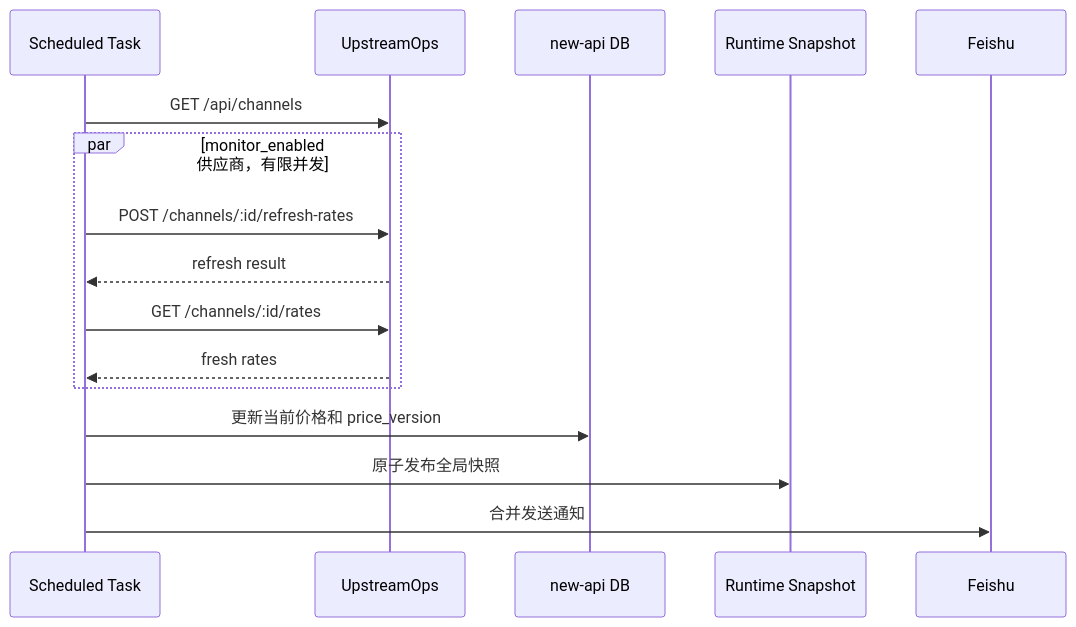
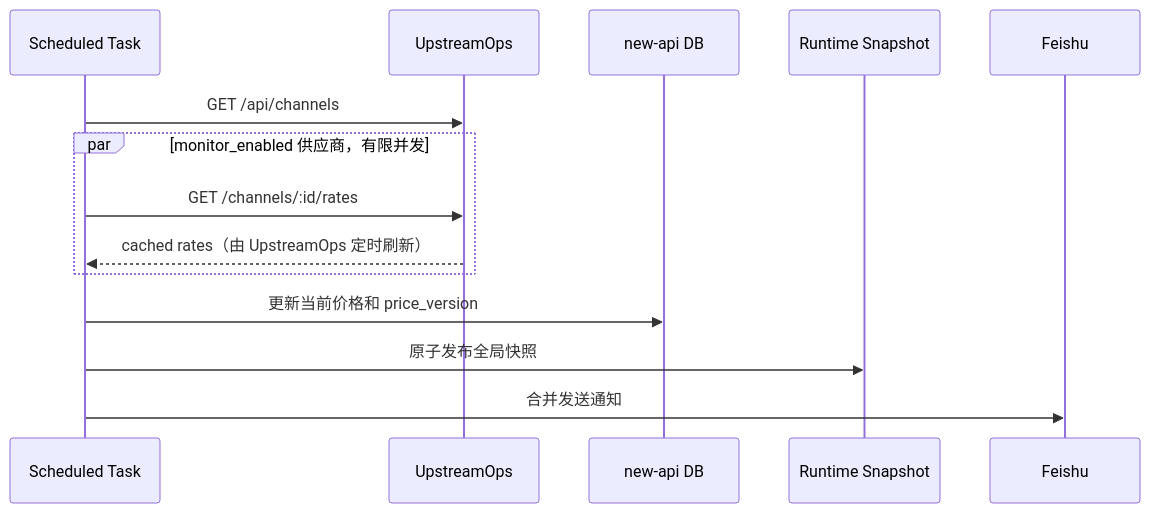
One commit to abigmiu/new-api changed the second of 2 diagrams in docs/operations/upstream-group-routing-design.md. Above: the diagram before and after it, drawn with Mermaid. The commit also changed other lines of this file and 1 other file, not shown here.

First line of the commit message:
fix(upstream): read cached rates instead of refreshing every sync

````diff
--- a/docs/operations/upstream-group-routing-design.md
+++ b/docs/operations/upstream-group-routing-design.md
@@ -407,19 +407,17 @@
 ```mermaid
 sequenceDiagram
     participant T as Scheduled Task
     participant U as UpstreamOps
     participant D as new-api DB
     participant C as Runtime Snapshot
     participant F as Feishu
 
     T->>U: GET /api/channels
     par monitor_enabled 供应商，有限并发
-        T->>U: POST /channels/:id/refresh-rates
-        U-->>T: refresh result
         T->>U: GET /channels/:id/rates
-        U-->>T: fresh rates
+        U-->>T: cached rates（由 UpstreamOps 定时刷新）
     end
     T->>D: 更新当前价格和 price_version
     T->>C: 原子发布全局快照
     T->>F: 合并发送通知
 ```
````
